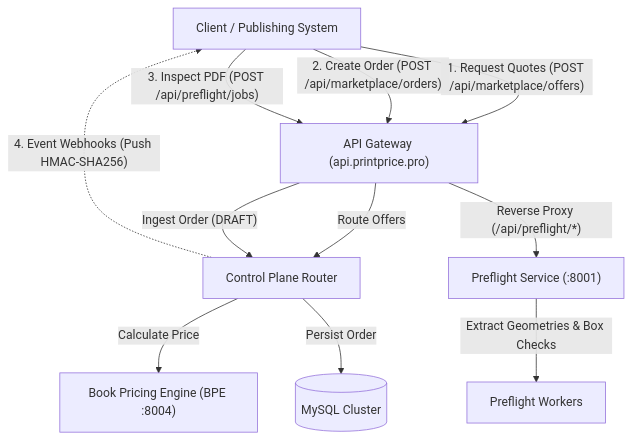
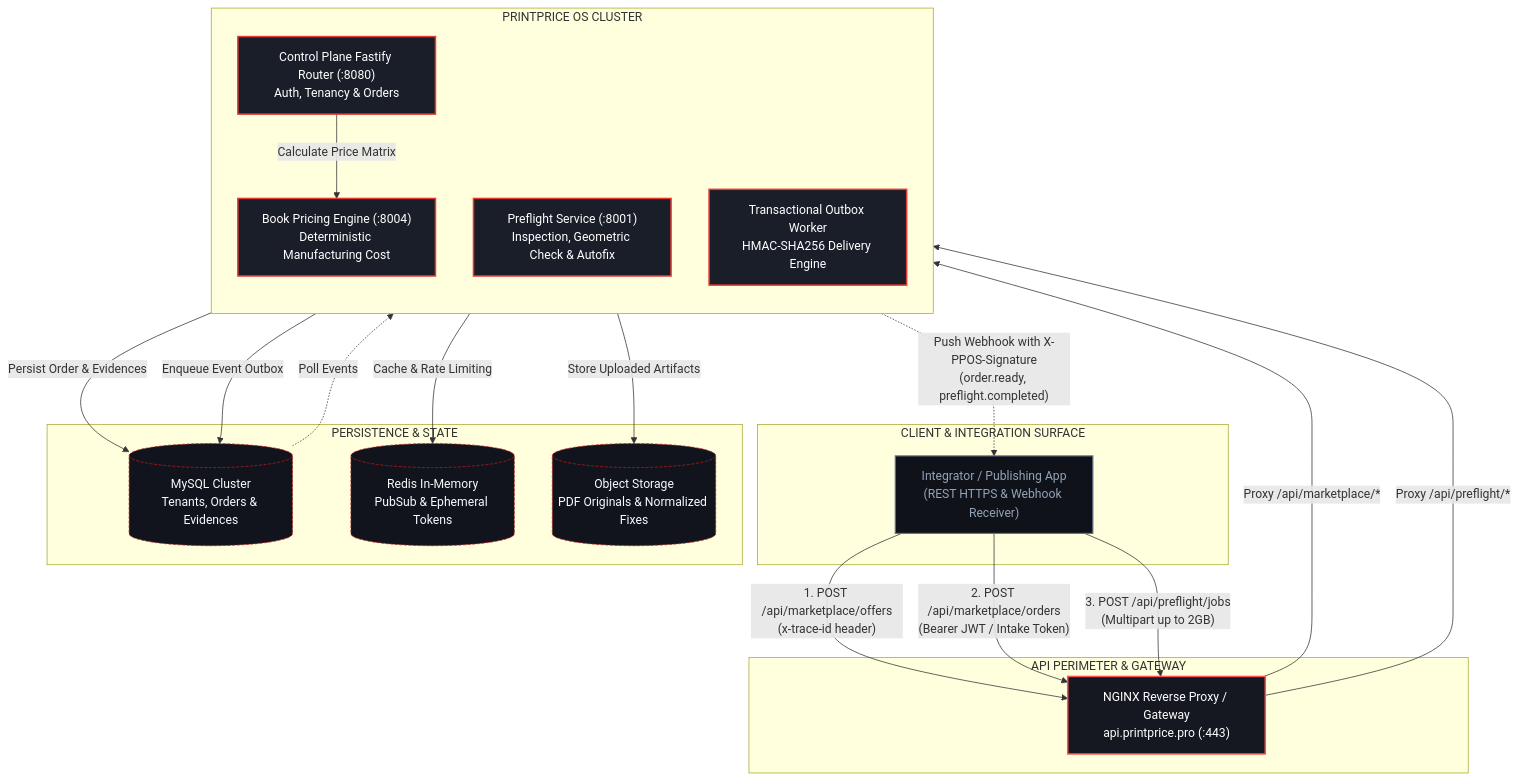
Before and after one commit to drleuman/printprice-docs: the diagram in docs/api/overview.md, drawn with Mermaid. The commit also changed 29 other files, not shown here.

Commit message:
feat(diagrams-mobile): implement printprice-api-diagrams skill, 3 core architecture diagrams and mobile responsive hardening

````diff
--- a/docs/api/overview.md
+++ b/docs/api/overview.md
@@ -29,13 +29,50 @@
 ```mermaid
-graph TD
-    Client["Client / Publishing System"] -->|"1. Request Quotes (POST /api/marketplace/offers)"| Gateway["API Gateway (api.printprice.pro)"]
-    Gateway -->|"Route Offers"| CP["Control Plane Router"]
-    CP -->|"Calculate Price"| BPE["Book Pricing Engine (BPE :8004)"]
-    Client -->|"2. Create Order (POST /api/marketplace/orders)"| Gateway
-    Gateway -->|"Ingest Order (DRAFT)"| CP
-    CP -->|"Persist Order"| DB[("MySQL Cluster")]
-    Client -->|"3. Inspect PDF (POST /api/preflight/jobs)"| Gateway
-    Gateway -->|"Reverse Proxy (/api/preflight/*)"| PF["Preflight Service (:8001)"]
-    PF -->|"Extract Geometries & Box Checks"| Worker["Preflight Workers"]
-    CP -.->|"4. Event Webhooks (Push HMAC-SHA256)"| Client
+flowchart TB
+    subgraph ClientZone ["CLIENT & INTEGRATION SURFACE"]
+        Client["Integrator / Publishing App\n(REST HTTPS & Webhook Receiver)"]
+    end
+
+    subgraph Perimeter ["API PERIMETER & GATEWAY"]
+        Gateway["NGINX Reverse Proxy / Gateway\napi.printprice.pro (:443)"]
+    end
+
+    subgraph CoreServices ["PRINTPRICE OS CLUSTER"]
+        direction TB
+        CP["Control Plane Fastify Router (:8080)\nAuth, Tenancy & Orders"]
+        PF["Preflight Service (:8001)\nInspection, Geometric Check & Autofix"]
+        BPE["Book Pricing Engine (:8004)\nDeterministic Manufacturing Cost"]
+        Outbox["Transactional Outbox Worker\nHMAC-SHA256 Delivery Engine"]
+    end
+
+    subgraph DataStorage ["PERSISTENCE & STATE"]
+        DB[("MySQL Cluster\nTenants, Orders & Evidences")]
+        Redis[("Redis In-Memory\nPubSub & Ephemeral Tokens")]
+        Storage[("Object Storage\nPDF Originals & Normalized Fixes")]
+    end
+
+    Client -->|"1. POST /api/marketplace/offers\n(x-trace-id header)"| Gateway
+    Client -->|"2. POST /api/marketplace/orders\n(Bearer JWT / Intake Token)"| Gateway
+    Client -->|"3. POST /api/preflight/jobs\n(Multipart up to 2GB)"| Gateway
+
+    Gateway -->|"Proxy /api/marketplace/*"| CP
+    Gateway -->|"Proxy /api/preflight/*"| PF
+
+    CP -->|"Calculate Price Matrix"| BPE
+    CP -->|"Persist Order & Evidences"| DB
+    CP -->|"Cache & Rate Limiting"| Redis
+    PF -->|"Store Uploaded Artifacts"| Storage
+    CP -->|"Enqueue Event Outbox"| DB
+
+    DB -.->|"Poll Events"| Outbox
+    Outbox -.->|"Push Webhook with X-PPOS-Signature\n(order.ready, preflight.completed)"| Client
+
+    classDef clientNode fill:#0F1218,stroke:#64748B,stroke-width:1.5px,color:#94A3B8;
+    classDef gatewayNode fill:#151820,stroke:#FF5252,stroke-width:2px,color:#FFFFFF;
+    classDef coreNode fill:#1A1E29,stroke:#E53935,stroke-width:2px,color:#FFFFFF;
+    classDef dataNode fill:#11141C,stroke:#B71C1C,stroke-dasharray: 4 2,color:#F8FAFC;
+
+    class Client clientNode;
+    class Gateway gatewayNode;
+    class CP,PF,BPE,Outbox coreNode;
+    class DB,Redis,Storage dataNode;
 ```
````
